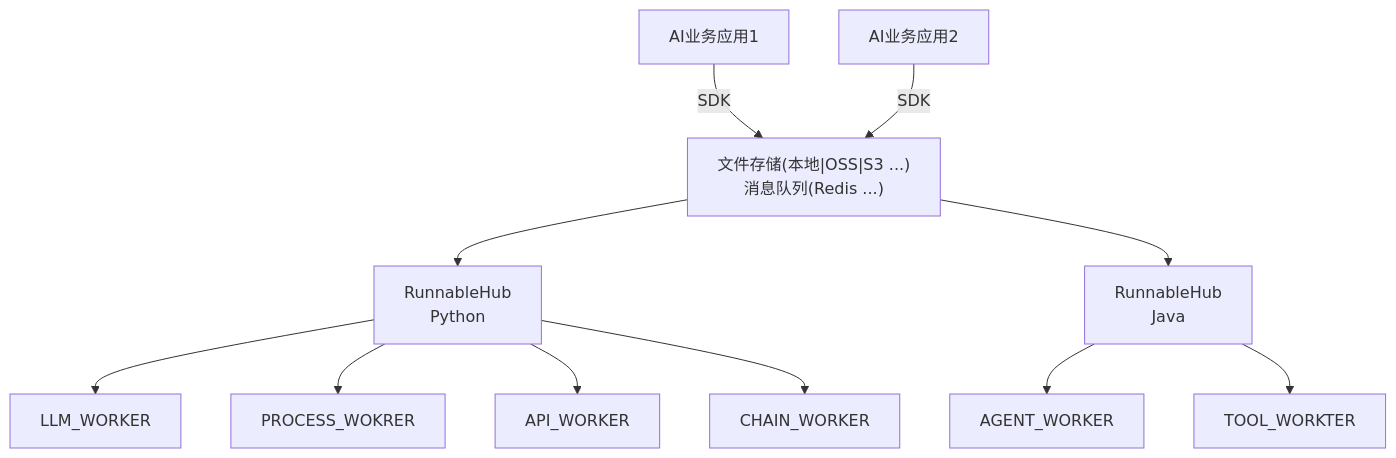
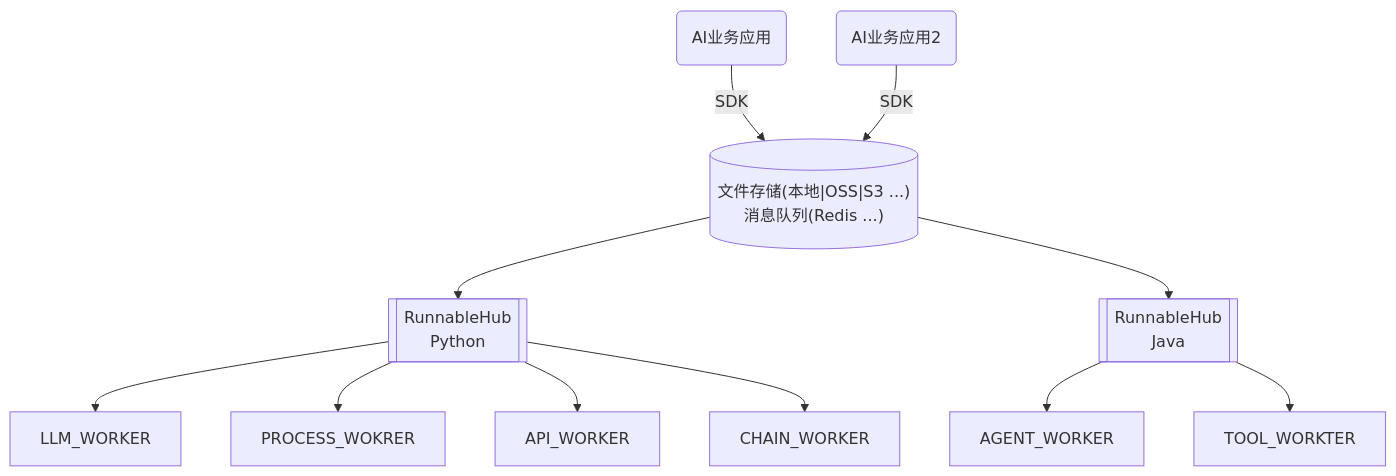
The diagram in runnable-hub/README.md (alibaba/sreworks-ext), drawn with Mermaid before and after one commit.

Commit message:
更新 README.md 中的流程图，简化可视化描述并优化结构

````diff
--- a/runnable-hub/README.md
+++ b/runnable-hub/README.md
@@ -5,22 +5,18 @@
 ```mermaid
 flowchart TD
-    bizApp1[AI业务应用1] -->|SDK| sub
-    bizApp2[AI业务应用2] -->|SDK| sub
-    sub["`
+    bizApp1(AI业务应用) -->|SDK| sub
+    bizApp2(AI业务应用2) -->|SDK| sub
+    sub[("`
     文件存储(本地|OSS|S3 ...)
     消息队列(Redis ...)
-    `"] --> hub1["`
+    `")] --> hub1[["`
     RunnableHub
-    Python`"]
-    sub --> hub2["`
+    Python`"]]
+    sub --> hub2[["`
     RunnableHub
-    Java`"]
+    Java`"]]
 
-    hub1 --> LLM_WORKER
-    hub1 --> PROCESS_WOKRER
-    hub1 --> API_WORKER
-    hub1 --> CHAIN_WORKER
-    hub2 --> AGENT_WORKER
-    hub2 --> TOOL_WORKTER
+    hub1 --> LLM_WORKER & PROCESS_WOKRER & API_WORKER & CHAIN_WORKER
+    hub2 --> AGENT_WORKER & TOOL_WORKTER
 
 ```
````
